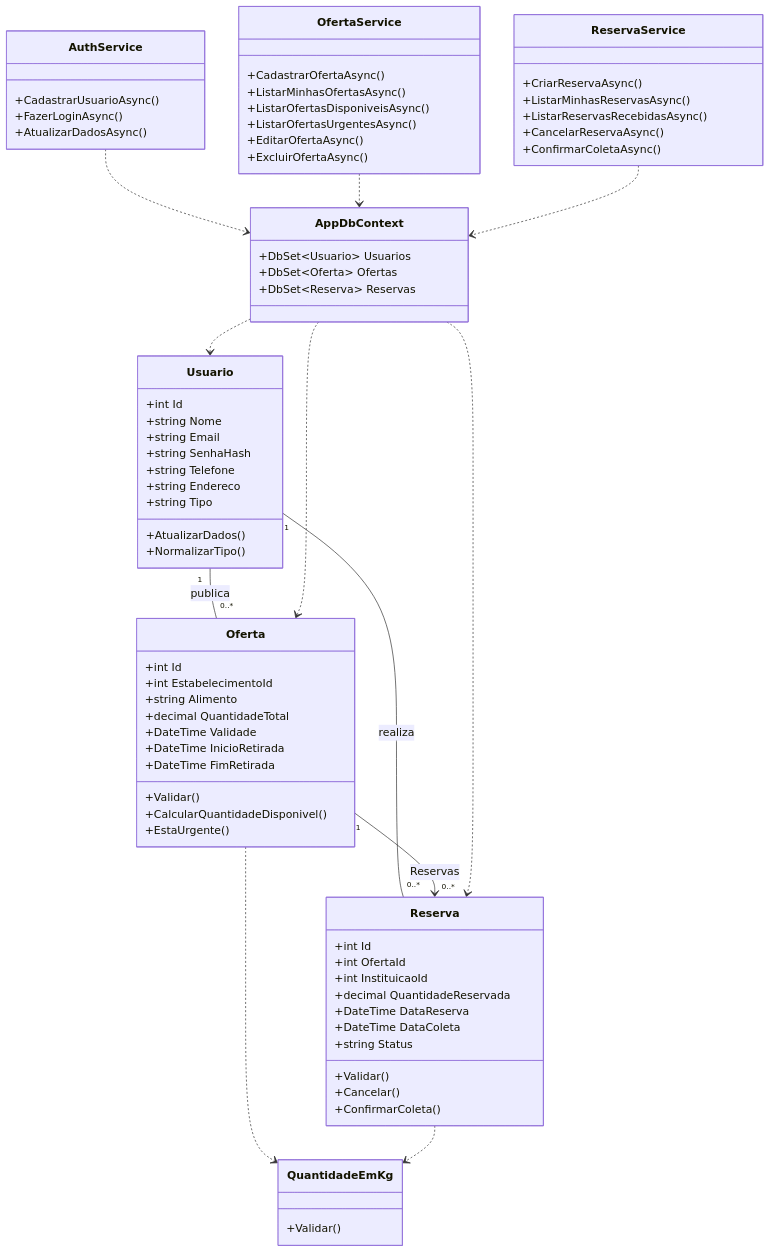
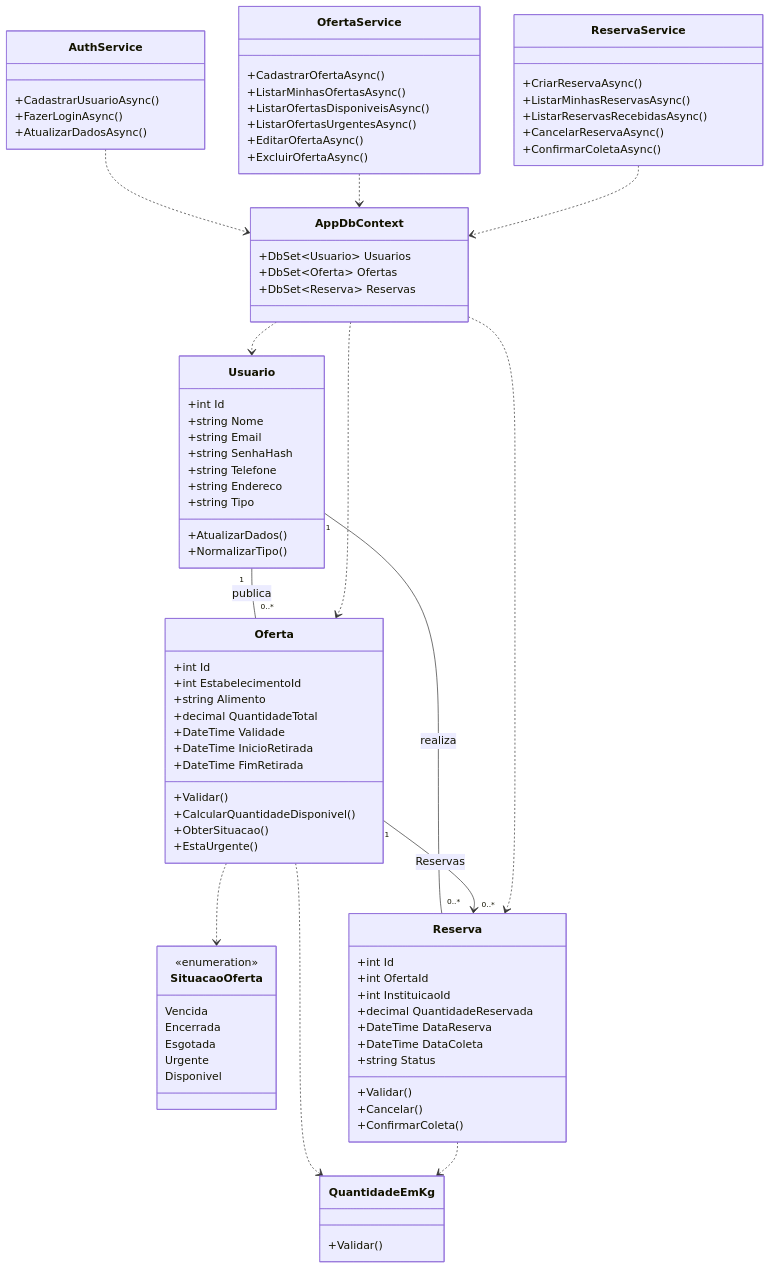
Before and after one commit to leonardocamilofrank-hue/Projeto-Integrador-Trabalho: the fourth of 5 diagrams in README.md, drawn with Mermaid. The commit also changed other lines of this file, not shown here.

```diff
--- a/README.md
+++ b/README.md
@@ -229,7 +245,16 @@
         +DateTime FimRetirada
         +Validar()
         +CalcularQuantidadeDisponivel()
+        +ObterSituacao()
         +EstaUrgente()
+    }
+    class SituacaoOferta {
+        <<enumeration>>
+        Vencida
+        Encerrada
+        Esgotada
+        Urgente
+        Disponivel
     }
     class Reserva {
         +int Id
@@ -274,6 +299,7 @@
     Usuario "1" -- "0..*" Oferta : publica
     Usuario "1" -- "0..*" Reserva : realiza
     Oferta "1" --> "0..*" Reserva : Reservas
+    Oferta ..> SituacaoOferta
     Oferta ..> QuantidadeEmKg
     Reserva ..> QuantidadeEmKg
     AppDbContext ..> Usuario
```
